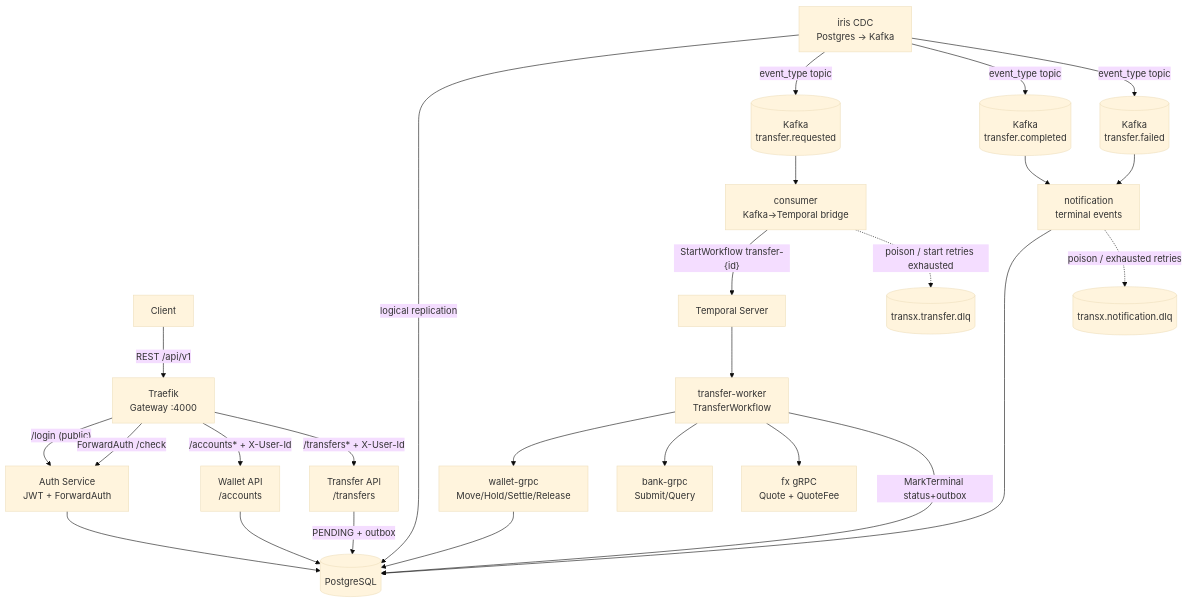
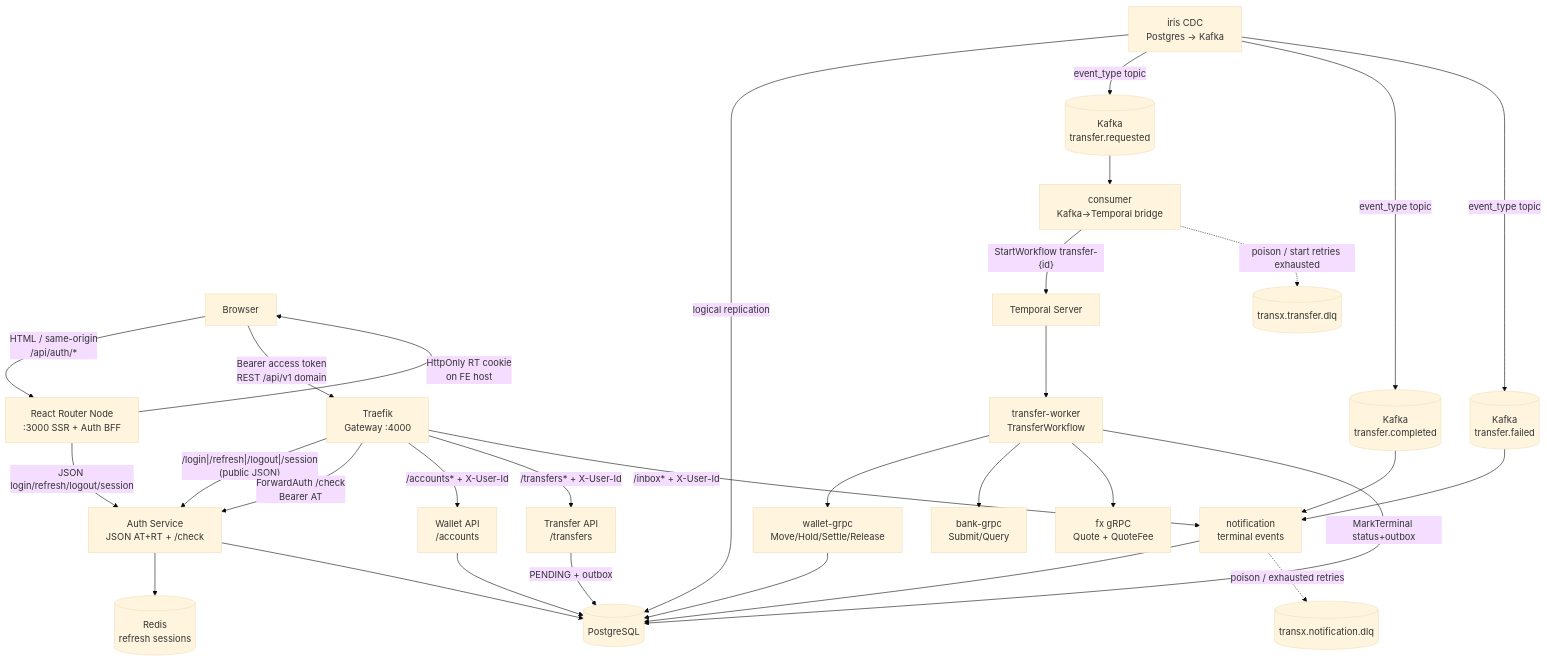
The first of 6 diagrams in README.md (Phathdt/transx), drawn with Mermaid (base theme) before and after one commit. The commit also changed other lines of this file and 68 other files, not shown here.

First line of the commit message:
feat(auth): pivot to RR v7 framework mode with Auth BFF

````diff
--- a/README.md
+++ b/README.md
@@ -224,49 +237,57 @@
 ```mermaid
 flowchart TD
-    FE["Client"]
+    BR["Browser"]
+    RR["React Router Node\n:3000 SSR + Auth BFF"]
     TR["Traefik\nGateway :4000"]
-    AUTH["Auth Service\nJWT + ForwardAuth"]
+    AUTH["Auth Service\nJSON AT+RT + /check"]
+    REDIS[("Redis\nrefresh sessions")]
     WALLET["Wallet API\n/accounts"]
     TRANSFER["Transfer API\n/transfers"]
     IRIS["iris CDC\nPostgres → Kafka"]
     BRIDGE["consumer\nKafka→Temporal bridge"]
     TEMP["Temporal Server"]
     WORKER["transfer-worker\nTransferWorkflow"]
     NOTIF["notification\nterminal events"]
     WGRPC["wallet-grpc\nMove/Hold/Settle/Release"]
     BGRPC["bank-grpc\nSubmit/Query"]
     FX["fx gRPC\nQuote + QuoteFee"]
     PG[("PostgreSQL")]
     KREQ[("Kafka\ntransfer.requested")]
     KOK[("Kafka\ntransfer.completed")]
     KFAIL[("Kafka\ntransfer.failed")]
     TDLQ[("transx.transfer.dlq")]
     NDLQ[("transx.notification.dlq")]
 
-    FE -->|"REST /api/v1"| TR
-    TR -->|"/login (public)"| AUTH
-    TR -->|"ForwardAuth /check"| AUTH
+    BR -->|"HTML / same-origin\n/api/auth/*"| RR
+    RR -->|"HttpOnly RT cookie\non FE host"| BR
+    RR -->|"JSON login/refresh/logout/session"| AUTH
+    AUTH --> REDIS
+    AUTH --> PG
+
+    BR -->|"Bearer access token\nREST /api/v1 domain"| TR
+    TR -->|"/login|/refresh|/logout|/session\n(public JSON)"| AUTH
+    TR -->|"ForwardAuth /check\nBearer AT"| AUTH
     TR -->|"/accounts* + X-User-Id"| WALLET
     TR -->|"/transfers* + X-User-Id"| TRANSFER
+    TR -->|"/inbox* + X-User-Id"| NOTIF
 
-    AUTH --> PG
     WALLET --> PG
     TRANSFER -->|"PENDING + outbox"| PG
     IRIS -->|"logical replication"| PG
     IRIS -->|"event_type topic"| KREQ
     IRIS -->|"event_type topic"| KOK
     IRIS -->|"event_type topic"| KFAIL
     KREQ --> BRIDGE
     BRIDGE -->|"StartWorkflow transfer-{id}"| TEMP
     TEMP --> WORKER
     WORKER --> WGRPC
     WORKER --> BGRPC
     WORKER --> FX
     WORKER -->|"MarkTerminal status+outbox"| PG
     WGRPC --> PG
     KOK --> NOTIF
     KFAIL --> NOTIF
     NOTIF --> PG
     BRIDGE -.->|"poison / start retries exhausted"| TDLQ
     NOTIF -.->|"poison / exhausted retries"| NDLQ
 ```
````
